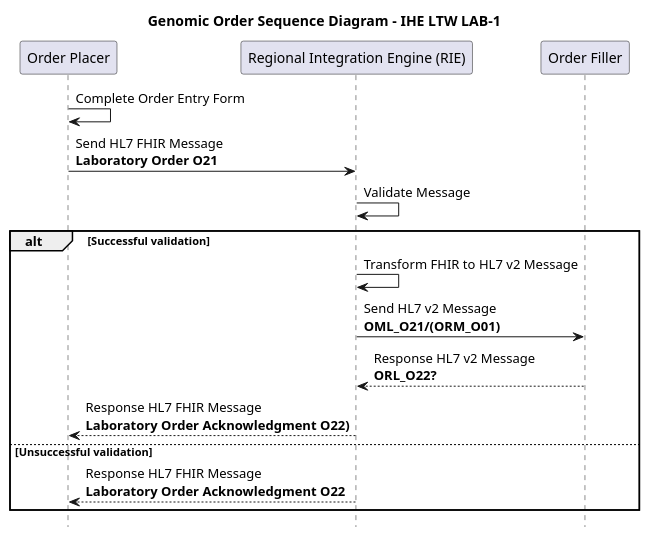
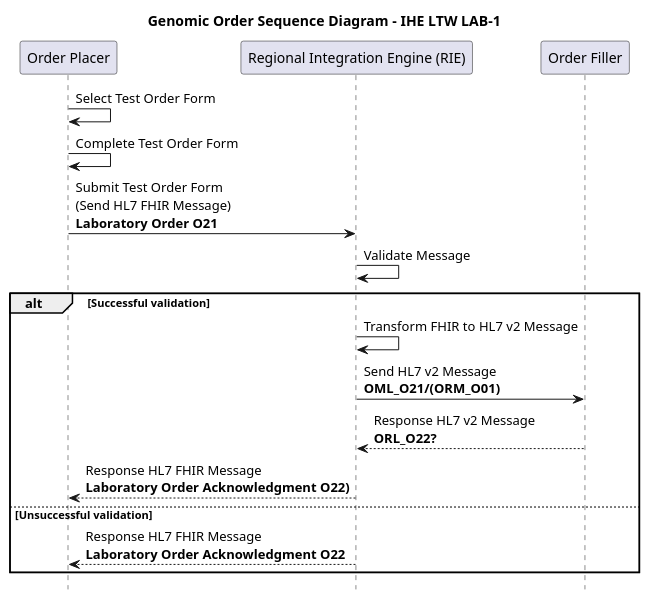
One commit to nw-gmsa/nw-gmsa.github.com changed the diagram in input/images-source/LAB1-sequence.plantuml. Above: the diagram before and after it, drawn with PlantUML. The commit also changed 1 other file, not shown here.

```diff
--- a/input/images-source/LAB1-sequence.plantuml
+++ b/input/images-source/LAB1-sequence.plantuml
@@ -1,24 +1,25 @@
 @startuml
 
 title "Genomic Order Sequence Diagram - IHE LTW LAB-1"
 
 hide footbox
 
 participant "Order Placer" as EPR
 participant "Regional Integration Engine (RIE)" as TIE
 participant "Order Filler" as LIMS
 
-EPR -> EPR: Complete Order Entry Form
-EPR -> TIE: Send HL7 FHIR Message\n**Laboratory Order O21**
+EPR -> EPR: Select Test Order Form
+EPR -> EPR: Complete Test Order Form
+EPR -> TIE: Submit Test Order Form\n(Send HL7 FHIR Message)\n**Laboratory Order O21**
 TIE -> TIE: Validate Message
 
 alt Successful validation
 TIE -> TIE : Transform FHIR to HL7 v2 Message
 TIE -> LIMS: Send HL7 v2 Message\n**OML_O21/(ORM_O01)**
 LIMS --> TIE: Response HL7 v2 Message\n**ORL_O22?**
 TIE --> EPR: Response HL7 FHIR Message\n**Laboratory Order Acknowledgment O22)**
 else Unsuccessful validation
 TIE --> EPR: Response HL7 FHIR Message\n**Laboratory Order Acknowledgment O22**
 end
 
 @enduml
```
